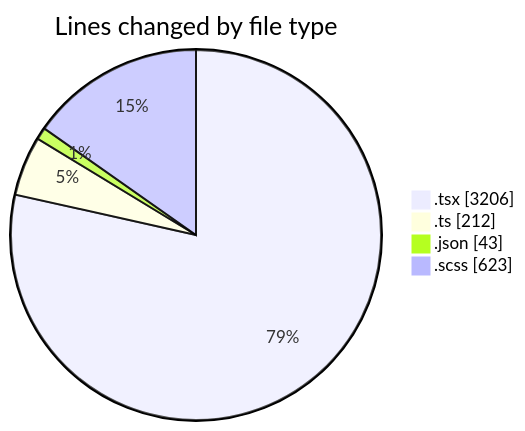
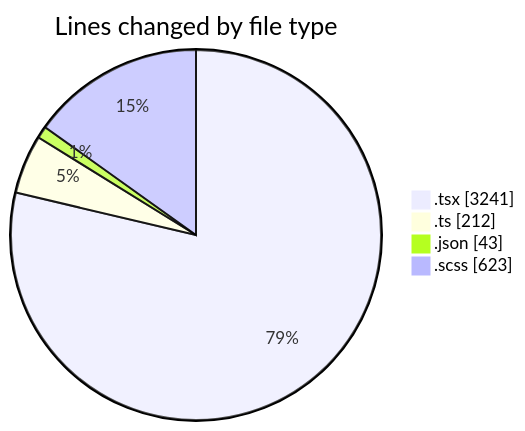
One commit to momahboobian/code-tracking changed the first of 2 diagrams in 2025-09-23/cda/README.md. Above: the diagram before and after it, drawn with Mermaid. The commit also changed other lines of this file and 1 other file, not shown here.

````diff
--- a/2025-09-23/cda/README.md
+++ b/2025-09-23/cda/README.md
@@ -31,8 +31,8 @@
 ```mermaid
 pie showData
 title Lines changed by file type
-".tsx" : 3206
+".tsx" : 3241
 ".ts" : 212
 ".json" : 43
 ".scss" : 623
 ```
````
